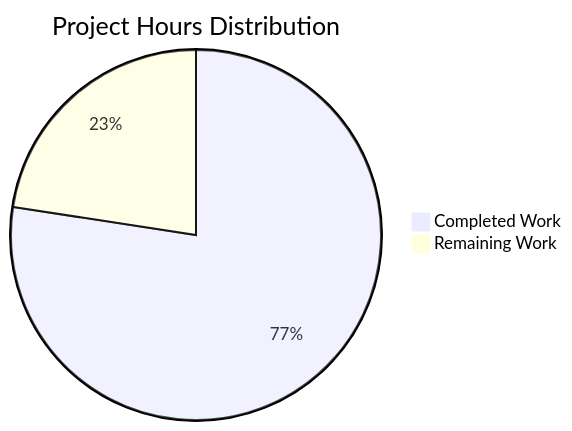
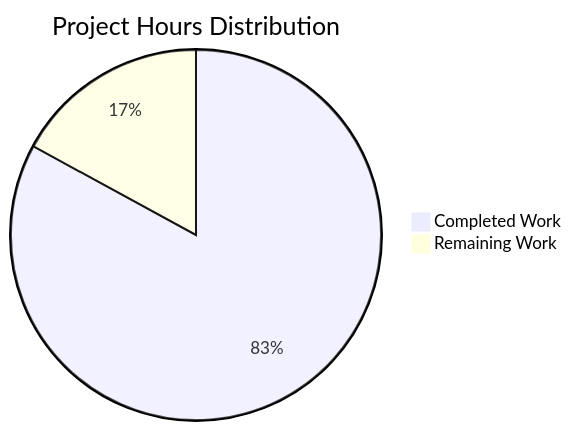
One commit to sudhanshu-spec/test-spec changed the diagram in blitzy/documentation/Project Guide.md. Above: the diagram before and after it, drawn with Mermaid. The commit also changed other lines of this file, not shown here.

Commit message:
Adding Blitzy Project Guide: Project Status and Human Tasks Remaining

````diff
--- a/blitzy/documentation/Project Guide.md
+++ b/blitzy/documentation/Project Guide.md
@@ -56,5 +27,5 @@
 ```mermaid
 pie title Project Hours Distribution
-    "Completed Work" : 96
-    "Remaining Work" : 28
+    "Completed Work" : 107
+    "Remaining Work" : 22
 ```
````
